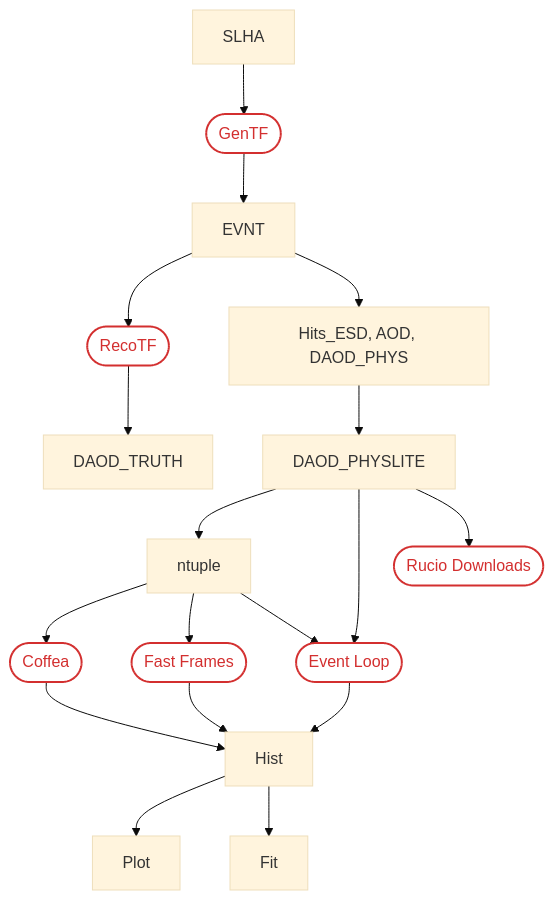
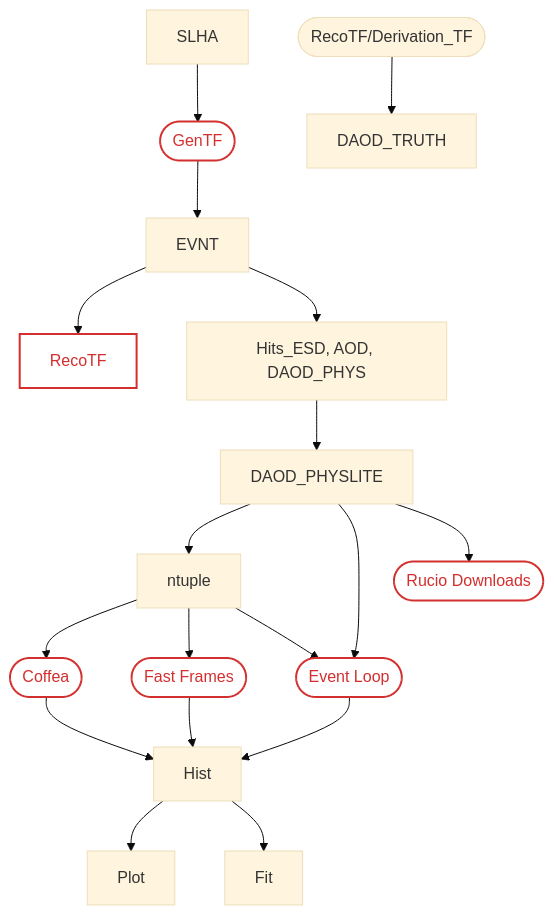
One commit to usatlas/AF-Benchmarking changed the diagram in docs/flowChart.md. Above: the diagram before and after it, drawn with Mermaid (base theme).

````diff
--- a/docs/flowChart.md
+++ b/docs/flowChart.md
@@ -1,42 +1,42 @@
 ```mermaid
 flowchart TD
     SLHA --> GenTF
     GenTF --> EVNT
     EVNT --> RecoTF
-    RecoTF --> DAOD_TRUTH
+    RecoTF/Derivation_TF --> DAOD_TRUTH
     Event_Loop --> Hist
 
     EVNT--> bash["Hits_ESD, AOD, DAOD_PHYS"]
     bash["Hits_ESD, AOD, DAOD_PHYS"] --> DAOD_PHYSLITE
 
     ntuple --> Coffea
     Coffea --> Hist
 
     ntuple --> Fast_Frames
     Fast_Frames --> Hist
 
     ntuple --> Event_Loop
     DAOD_PHYSLITE --> ntuple
     DAOD_PHYSLITE --> Event_Loop
     DAOD_PHYSLITE --> Rucio_Downloads
 
     Hist --> Plot
     Hist --> Fit
 
     click Event_Loop "https://github.com/usatlas/AF-Benchmarking/tree/main/event_loop" "Event Loop documentation"
     click Coffea "https://github.com/usatlas/AF-Benchmarking/tree/main/NTuple_Hist/coffea" "Coffea documentation"
     click Fast_Frames "https://github.com/usatlas/AF-Benchmarking/tree/main/NTuple_Hist/fastframes" "Fast Frames documentation"
     click Rucio_Downloads "https://github.com/usatlas/AF-Benchmarking/blob/main/Rucio/rucio_script.sh" "'Rucio Downloads' Script"
     click GenTF "https://github.com/usatlas/AF-Benchmarking/tree/main/EVNT" "EVNT Job Scripts"
-    click RecoTF "https://github.com/usatlas/AF-Benchmarking/tree/main/TRUTH3" "TRUTH3 Job Scripts"
+    click RecoTF/Derivation_TF "https://github.com/usatlas/AF-Benchmarking/tree/main/TRUTH3" "TRUTH3 Job Scripts"
 
     Event_Loop(["Event Loop"])
     Coffea(["Coffea"])
     Fast_Frames(["Fast Frames"])
     Rucio_Downloads(["Rucio Downloads"])
     GenTF(["GenTF"])
-    RecoTF(["RecoTF"])
+    RecoTF/Derivation_TF(["RecoTF/Derivation_TF"])
     
     classDef method fill:transparent,stroke:#d32f2f,stroke-width:2px,color:#d32f2f;
     class Event_Loop,Coffea,Fast_Frames,Rucio_Downloads,GenTF,RecoTF method;
 ```
````
